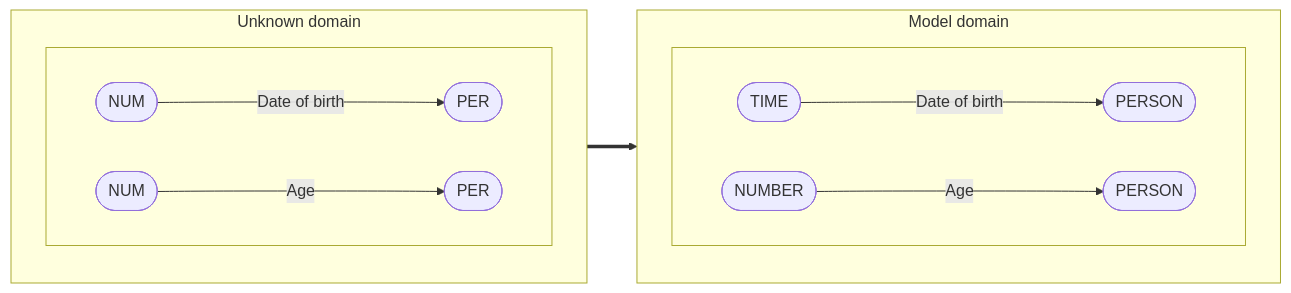
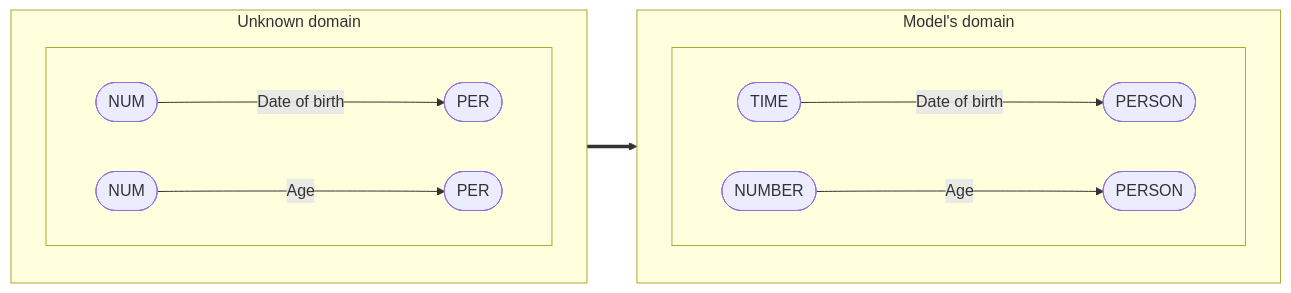
One commit to phos-phophy/creed changed the diagram in README.md. Above: the diagram before and after it, drawn with Mermaid. The commit also changed other lines of this file, not shown here.

Commit message:
Describe way of mapping

````diff
--- a/README.md
+++ b/README.md
@@ -17,20 +21,20 @@
-```mermaid
-flowchart LR
-   subgraph a["Unknown domain"]
-      direction TB
-      subgraph b[" "]
-         direction LR
-         NUM1(["NUM"])-- Date of birth --->PER1(["PER"])
-         NUM2(["NUM"])-- Age --->PER2(["PER"])
+   ```mermaid
+   flowchart LR
+      subgraph a["Unknown domain"]
+         direction TB
+         subgraph b[" "]
+            direction LR
+            NUM1(["NUM"])-- Date of birth --->PER1(["PER"])
+            NUM2(["NUM"])-- Age --->PER2(["PER"])
+         end
       end
-   end
-   subgraph c["Model domain"]
-      direction TB
-      subgraph d[" "]
-         direction LR
-         time([TIME])-- Date of birth --->person1(["PERSON"])
-         number([NUMBER])-- Age --->person2(["PERSON"])
+      subgraph c["Model's domain"]
+         direction TB
+         subgraph d[" "]
+            direction LR
+            time([TIME])-- Date of birth --->person1(["PERSON"])
+            number([NUMBER])-- Age --->person2(["PERSON"])
+         end
       end
-   end
-   a ==> c 
-```
+      a ==> c 
+   ```
````
